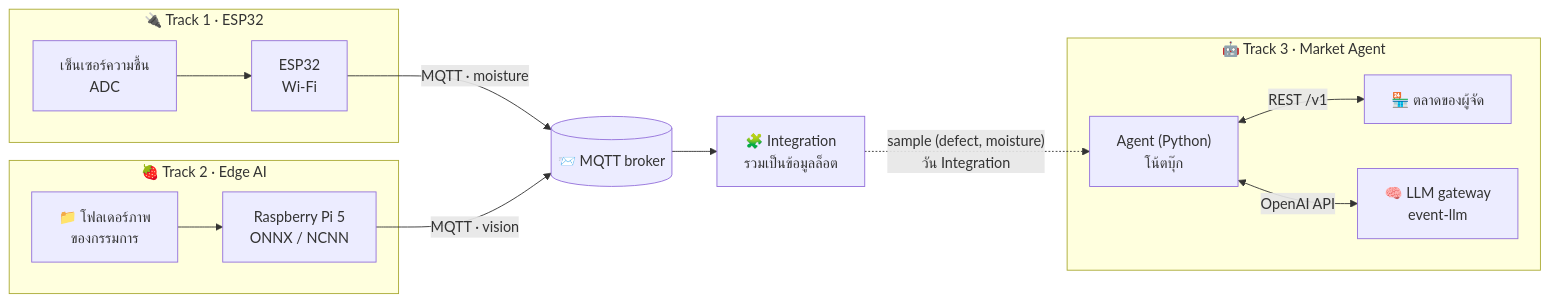
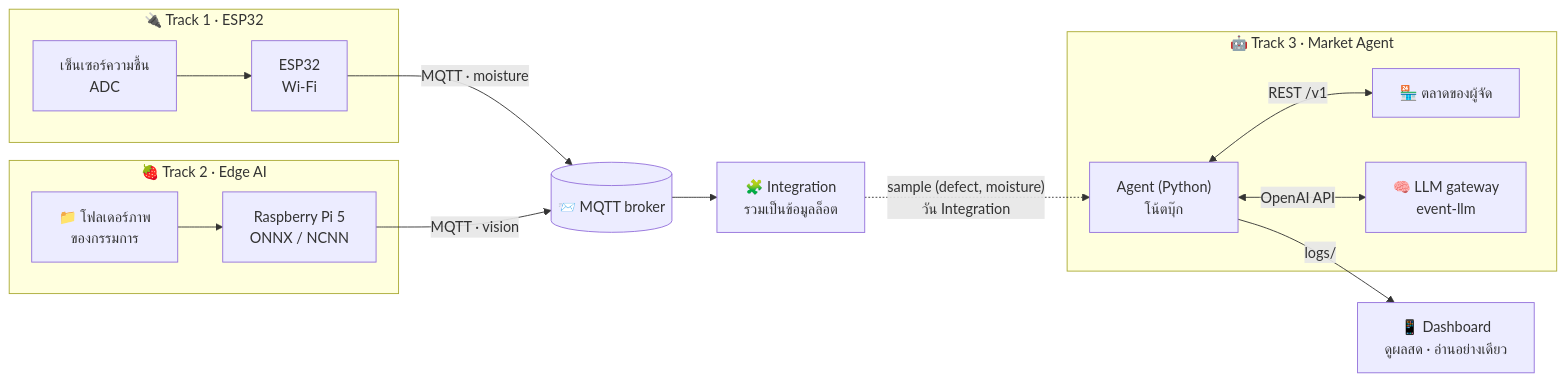
The diagram in README.md (thanapond-vi/topgun2026), drawn with Mermaid before and after one commit. The commit also changed other lines of this file and 5 other files, not shown here.

````diff
--- a/README.md
+++ b/README.md
@@ -36,17 +36,18 @@
 ```mermaid
 flowchart LR
     subgraph T1["🔌 Track 1 · ESP32"]
         S["เซ็นเซอร์ความชื้น<br/>ADC"] --> E["ESP32<br/>Wi-Fi"]
     end
     subgraph T2["🍓 Track 2 · Edge AI"]
         F["📁 โฟลเดอร์ภาพ<br/>ของกรรมการ"] --> P["Raspberry Pi 5<br/>ONNX / NCNN"]
     end
     E -- "MQTT · moisture" --> B[("📨 MQTT broker")]
     P -- "MQTT · vision" --> B
     B --> I["🧩 Integration<br/>รวมเป็นข้อมูลล็อต"]
     subgraph T3["🤖 Track 3 · Market Agent"]
         A["Agent (Python)<br/>โน้ตบุ๊ก"] <-- "REST /v1" --> M["🏪 ตลาดของผู้จัด"]
         A <-- "OpenAI API" --> L["🧠 LLM gateway<br/>event-llm"]
     end
     I -. "sample (defect, moisture)<br/>วัน Integration" .-> A
+    A -- "logs/" --> D["📱 Dashboard<br/>ดูผลสด · อ่านอย่างเดียว"]
 ```
````
